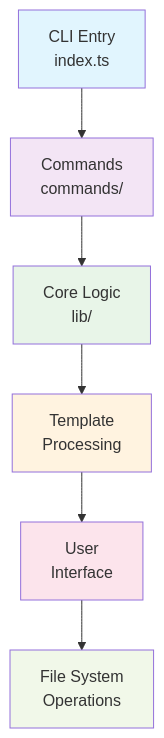
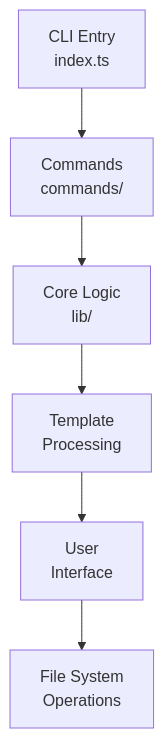
Before and after one commit to yashjawale/fabr: the first of 3 diagrams in website/src/content/docs/docs/developer/architecture.md, drawn with Mermaid.

Commit message:
fix: remove unnecessary styles from Mermaid diagram in architecture documentation

````diff
--- a/website/src/content/docs/docs/developer/architecture.md
+++ b/website/src/content/docs/docs/developer/architecture.md
@@ -20,15 +20,8 @@
 ```mermaid
 graph TD
     A[CLI Entry<br/>index.ts] --> B[Commands<br/>commands/]
     B --> C[Core Logic<br/>lib/]
     C --> D[Template<br/>Processing]
     D --> E[User<br/>Interface]
     E --> F[File System<br/>Operations]
-
-    style A fill:#e1f5fe
-    style B fill:#f3e5f5
-    style C fill:#e8f5e8
-    style D fill:#fff3e0
-    style E fill:#fce4ec
-    style F fill:#f1f8e9
 ```
````
